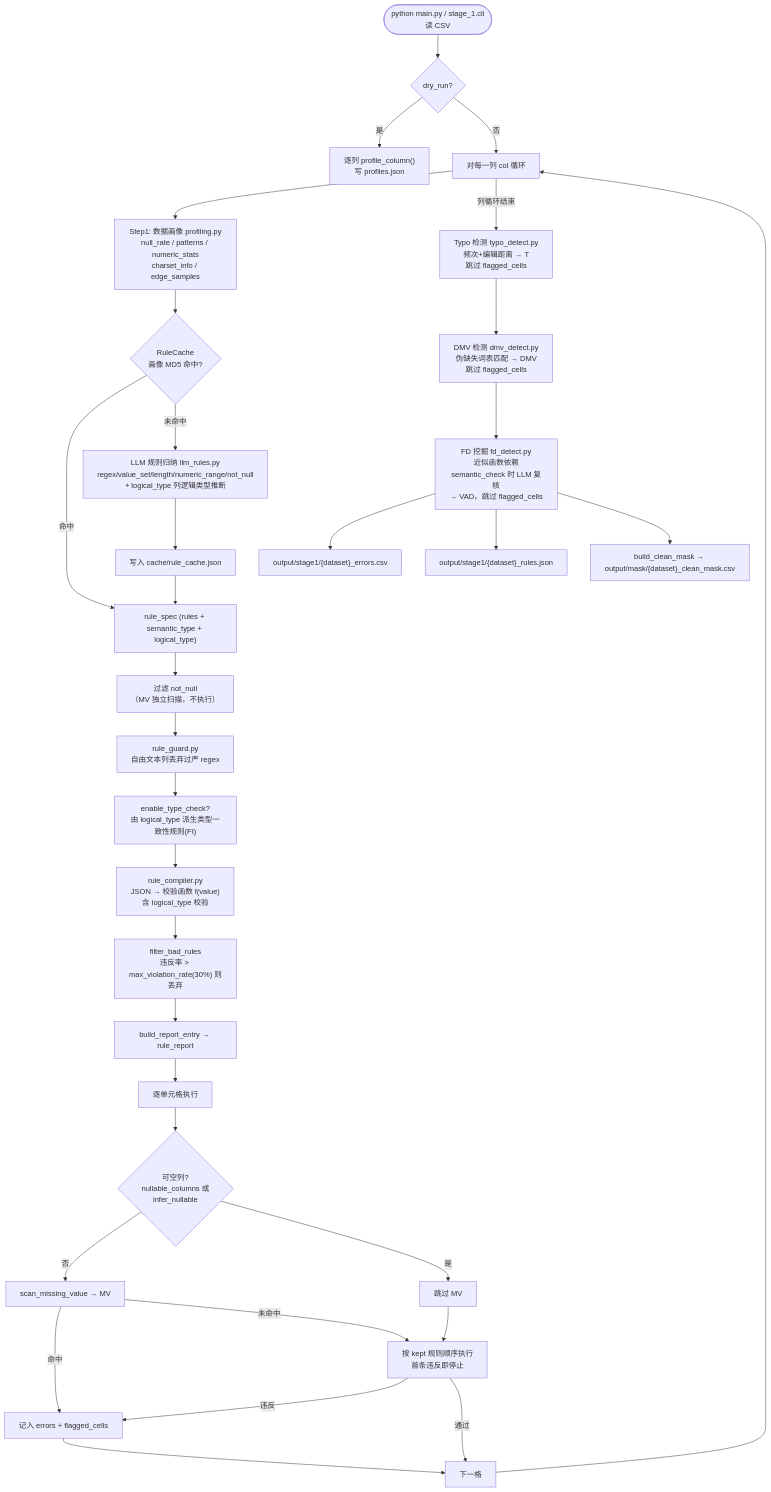
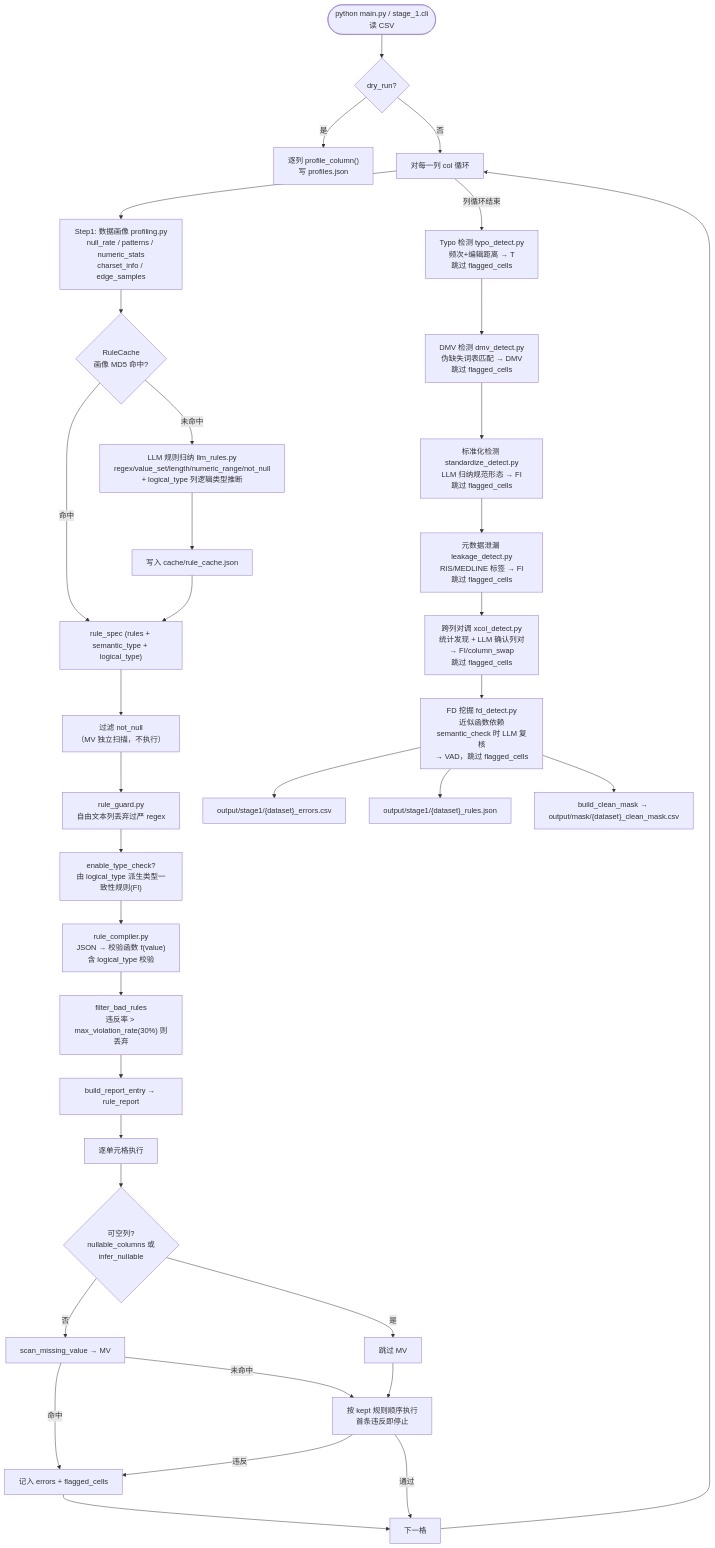
One commit to 1993371829/error_detect changed the third of 8 diagrams in PIPELINE.md. Above: the diagram before and after it, drawn with Mermaid. The commit also changed other lines of this file and 9 other files, not shown here.

````diff
--- a/PIPELINE.md
+++ b/PIPELINE.md
@@ -253,41 +258,44 @@
 ```mermaid
 flowchart TD
     START(["python main.py / stage_1.cli<br/>读 CSV"]) --> DRY{dry_run?}
 
     DRY -->|是| PROF_ONLY["逐列 profile_column()<br/>写 profiles.json"]
     DRY -->|否| LOOP_COL["对每一列 col 循环"]
 
     LOOP_COL --> P1["Step1: 数据画像 profiling.py<br/>null_rate / patterns / numeric_stats<br/>charset_info / edge_samples"]
 
     P1 --> CACHE{RuleCache<br/>画像 MD5 命中?}
     CACHE -->|命中| RULES["rule_spec (rules + semantic_type + logical_type)"]
     CACHE -->|未命中| LLM1["LLM 规则归纳 llm_rules.py<br/>regex/value_set/length/numeric_range/not_null<br/>+ logical_type 列逻辑类型推断"]
     LLM1 --> SAVE_CACHE["写入 cache/rule_cache.json"]
     SAVE_CACHE --> RULES
 
     RULES --> FILTER1["过滤 not_null<br/>（MV 独立扫描，不执行）"]
     FILTER1 --> GUARD["rule_guard.py<br/>自由文本列丢弃过严 regex"]
     GUARD --> TYPERULE["enable_type_check?<br/>由 logical_type 派生类型一致性规则(FI)"]
     TYPERULE --> COMPILE["rule_compiler.py<br/>JSON → 校验函数 f(value)<br/>含 logical_type 校验"]
     COMPILE --> FILTER2["filter_bad_rules<br/>违反率 > max_violation_rate(30%) 则丢弃"]
     FILTER2 --> REPORT["build_report_entry → rule_report"]
 
     REPORT --> CELL_LOOP["逐单元格执行"]
     CELL_LOOP --> NULLABLE{可空列?<br/>nullable_columns 或<br/>infer_nullable}
     NULLABLE -->|否| MV["scan_missing_value → MV"]
     NULLABLE -->|是| SKIP_MV["跳过 MV"]
     MV -->|命中| FLAG1["记入 errors + flagged_cells"]
     MV -->|未命中| RULE_EXEC["按 kept 规则顺序执行<br/>首条违反即停止"]
     SKIP_MV --> RULE_EXEC
     RULE_EXEC -->|违反| FLAG1
     RULE_EXEC -->|通过| NEXT_CELL["下一格"]
     FLAG1 --> NEXT_CELL
     NEXT_CELL --> LOOP_COL
 
     LOOP_COL -->|列循环结束| TYPO["Typo 检测 typo_detect.py<br/>频次+编辑距离 → T<br/>跳过 flagged_cells"]
     TYPO --> DMV["DMV 检测 dmv_detect.py<br/>伪缺失词表匹配 → DMV<br/>跳过 flagged_cells"]
-    DMV --> FD["FD 挖掘 fd_detect.py<br/>近似函数依赖<br/>semantic_check 时 LLM 复核<br/>→ VAD，跳过 flagged_cells"]
+    DMV --> STD["标准化检测 standardize_detect.py<br/>LLM 归纳规范形态 → FI<br/>跳过 flagged_cells"]
+    STD --> LEAK["元数据泄漏 leakage_detect.py<br/>RIS/MEDLINE 标签 → FI<br/>跳过 flagged_cells"]
+    LEAK --> XCOL["跨列对调 xcol_detect.py<br/>统计发现 + LLM 确认列对<br/>→ FI/column_swap<br/>跳过 flagged_cells"]
+    XCOL --> FD["FD 挖掘 fd_detect.py<br/>近似函数依赖<br/>semantic_check 时 LLM 复核<br/>→ VAD，跳过 flagged_cells"]
     FD --> OUT1["output/stage1/{dataset}_errors.csv"]
     FD --> OUT2["output/stage1/{dataset}_rules.json"]
     FD --> OUT3["build_clean_mask → output/mask/{dataset}_clean_mask.csv"]
 ```
````
